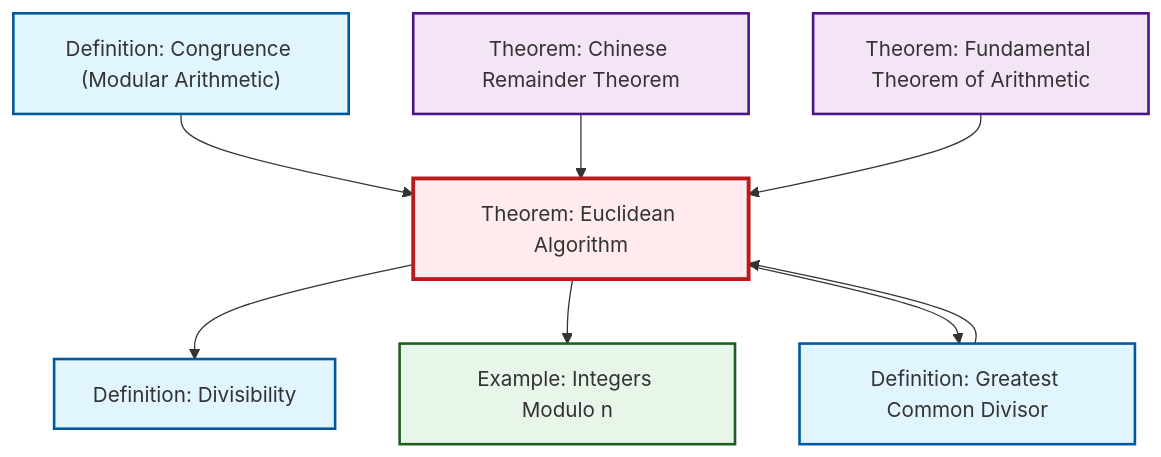
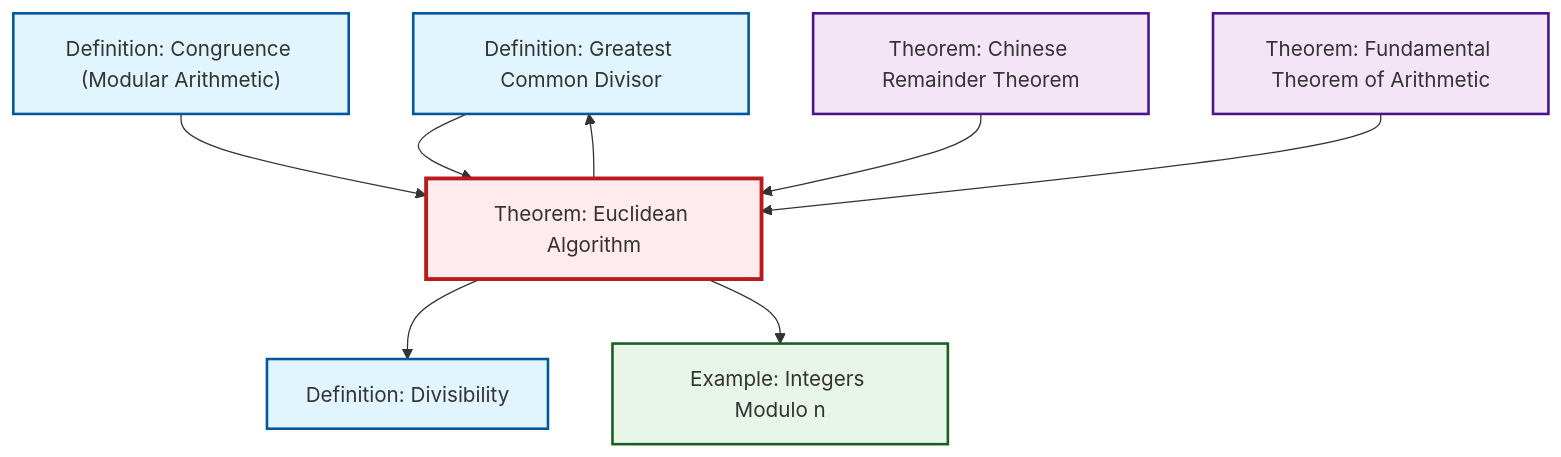
One commit to RK0429/ModernMath changed the second of 2 diagrams in content/en/number-theory/thm-euclidean-algorithm.qmd. Above: the diagram before and after it, drawn with Mermaid. The commit also changed other lines of this file and 1012 other files, not shown here.

````diff
--- a/content/en/number-theory/thm-euclidean-algorithm.qmd
+++ b/content/en/number-theory/thm-euclidean-algorithm.qmd
@@ -95,30 +95,30 @@
 ```{mermaid}
 %%| fig-cap: "Local dependency graph"
 graph TD
     classDef definition fill:#e1f5fe,stroke:#01579b,stroke-width:2px
     classDef theorem fill:#f3e5f5,stroke:#4a148c,stroke-width:2px
     classDef axiom fill:#fff3e0,stroke:#e65100,stroke-width:2px
     classDef example fill:#e8f5e9,stroke:#1b5e20,stroke-width:2px
     classDef current fill:#ffebee,stroke:#b71c1c,stroke-width:3px
+    def-gcd["Definition: Greatest Common Divisor"]:::definition
+    thm-chinese-remainder["Theorem: Chinese Remainder Theorem"]:::theorem
     def-congruence["Definition: Congruence (Modular Arithmetic)"]:::definition
-    def-divisibility["Definition: Divisibility"]:::definition
     thm-fundamental-arithmetic["Theorem: Fundamental Theorem of Arithmetic"]:::theorem
     thm-euclidean-algorithm["Theorem: Euclidean Algorithm"]:::theorem
-    thm-chinese-remainder["Theorem: Chinese Remainder Theorem"]:::theorem
-    def-gcd["Definition: Greatest Common Divisor"]:::definition
+    def-divisibility["Definition: Divisibility"]:::definition
     ex-quotient-integers-mod-n["Example: Integers Modulo n"]:::example
+    def-gcd --> thm-euclidean-algorithm
+    thm-euclidean-algorithm --> def-gcd
     def-congruence --> thm-euclidean-algorithm
-    def-gcd --> thm-euclidean-algorithm
     thm-euclidean-algorithm --> def-divisibility
     thm-euclidean-algorithm --> ex-quotient-integers-mod-n
-    thm-euclidean-algorithm --> def-gcd
     thm-chinese-remainder --> thm-euclidean-algorithm
     thm-fundamental-arithmetic --> thm-euclidean-algorithm
     class thm-euclidean-algorithm current
+    click def-gcd "def-gcd.html" "Go to Greatest Common Divisor definition"
+    click thm-chinese-remainder "thm-chinese-remainder.html" "Go to Chinese Remainder Theorem theorem"
     click def-congruence "def-congruence.html" "Go to Congruence (Modular Arithmetic) definition"
+    click thm-fundamental-arithmetic "thm-fundamental-arithmetic.html" "Go to Fundamental Theorem of Arithmetic theorem"
     click def-divisibility "def-divisibility.html" "Go to Divisibility definition"
-    click thm-fundamental-arithmetic "thm-fundamental-arithmetic.html" "Go to Fundamental Theorem of Arithmetic theorem"
-    click thm-chinese-remainder "thm-chinese-remainder.html" "Go to Chinese Remainder Theorem theorem"
-    click def-gcd "def-gcd.html" "Go to Greatest Common Divisor definition"
     click ex-quotient-integers-mod-n "ex-quotient-integers-mod-n.html" "Go to Integers Modulo n example"
 ```
````
